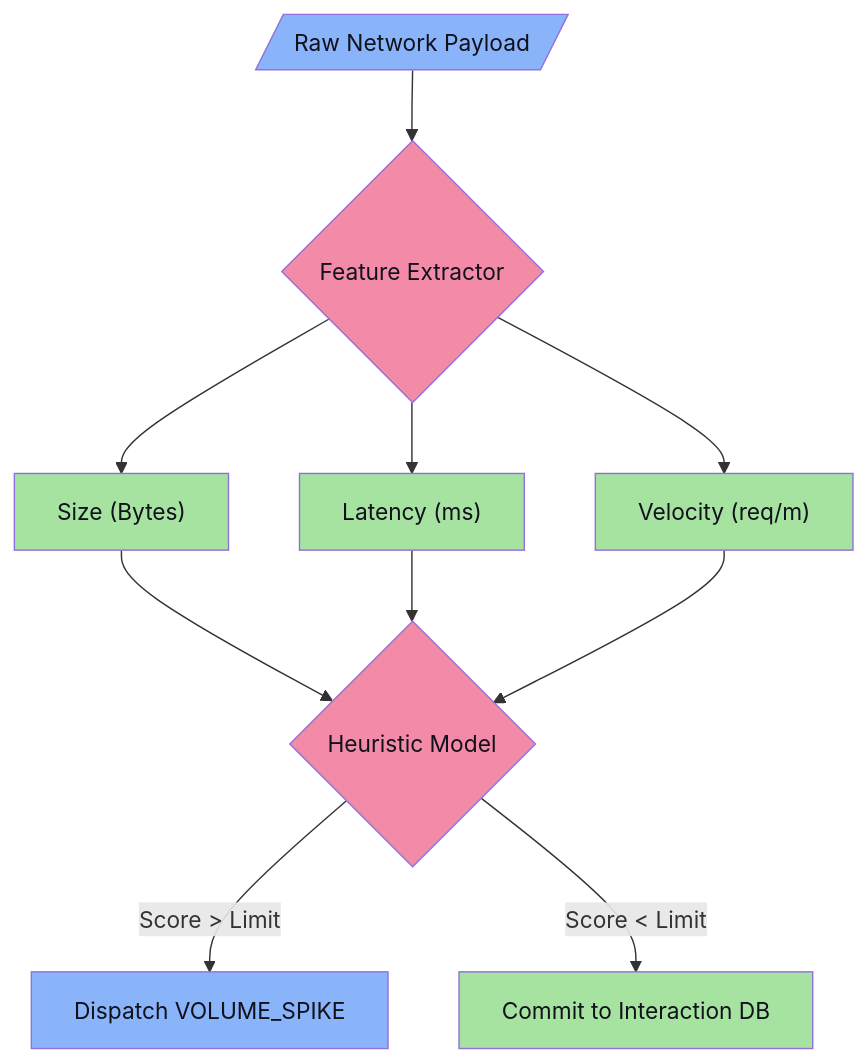
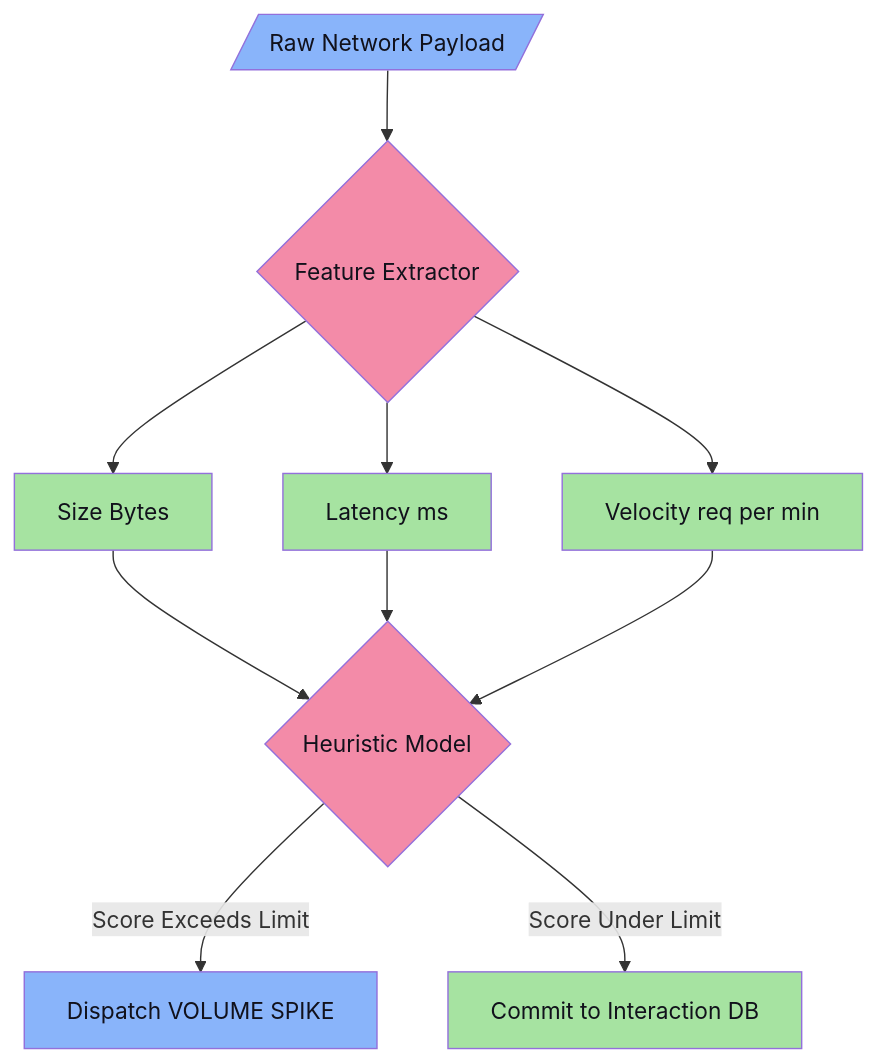
Before and after one commit to MrDecryptDecipher/Agent-Trust: diagram 12 of 30 in README.md, drawn with Mermaid. The commit also changed other lines of this file, not shown here.

````diff
--- a/README.md
+++ b/README.md
@@ -258,18 +258,18 @@
 ```mermaid
-graph TD
-    classDef data fill:#89b4fa,color:#11111b;
-    classDef ml fill:#f38ba8,color:#11111b;
-    classDef sys fill:#a6e3a1,color:#11111b;
+flowchart TD
+    classDef data fill:#89b4fa,color:#11111b
+    classDef ml fill:#f38ba8,color:#11111b
+    classDef sys fill:#a6e3a1,color:#11111b
 
     Traffic[/"Raw Network Payload"/]:::data --> Ext{"Feature Extractor"}:::ml
-    Ext --> P["Size (Bytes)"]:::sys
-    Ext --> L["Latency (ms)"]:::sys
-    Ext --> V["Velocity (req/m)"]:::sys
+    Ext --> P["Size Bytes"]:::sys
+    Ext --> L["Latency ms"]:::sys
+    Ext --> V["Velocity req per min"]:::sys
     
     P --> ML{"Heuristic Model"}:::ml
     L --> ML
     V --> ML
     
-    ML -- "Score > Limit" --> Alert["Dispatch VOLUME_SPIKE"]:::data
-    ML -- "Score < Limit" --> Pass["Commit to Interaction DB"]:::sys
+    ML -->|Score Exceeds Limit| Alert["Dispatch VOLUME SPIKE"]:::data
+    ML -->|Score Under Limit| Pass["Commit to Interaction DB"]:::sys
 ```
````
